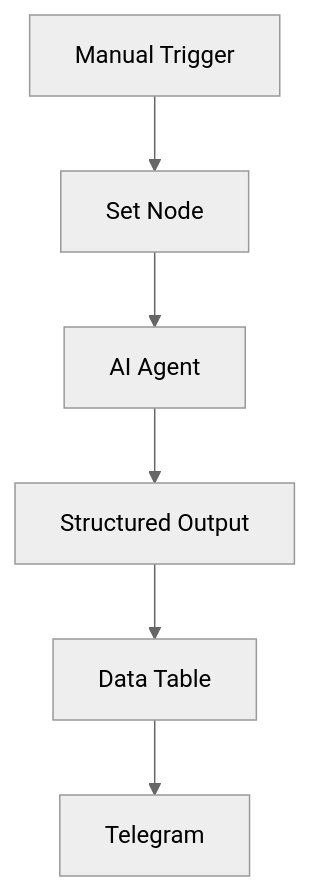
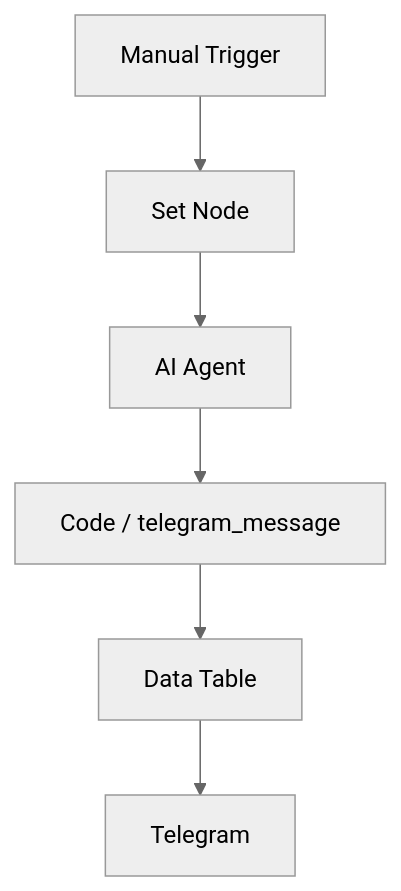
One commit to mustafaxln/social-media-agent changed the second of 5 diagrams in docs/akis-semasi.md. Above: the diagram before and after it, drawn with Mermaid (neutral theme). The commit also changed other lines of this file and 28 other files, not shown here.

````diff
--- a/docs/akis-semasi.md
+++ b/docs/akis-semasi.md
@@ -18,8 +21,8 @@
 ```mermaid
 flowchart TD
     A[Manual Trigger] --> B[Set Node]
     B --> C[AI Agent]
-    C --> D[Structured Output]
+    C --> D[Code / telegram_message]
     D --> E[Data Table]
     E --> F[Telegram]
 ```
````
